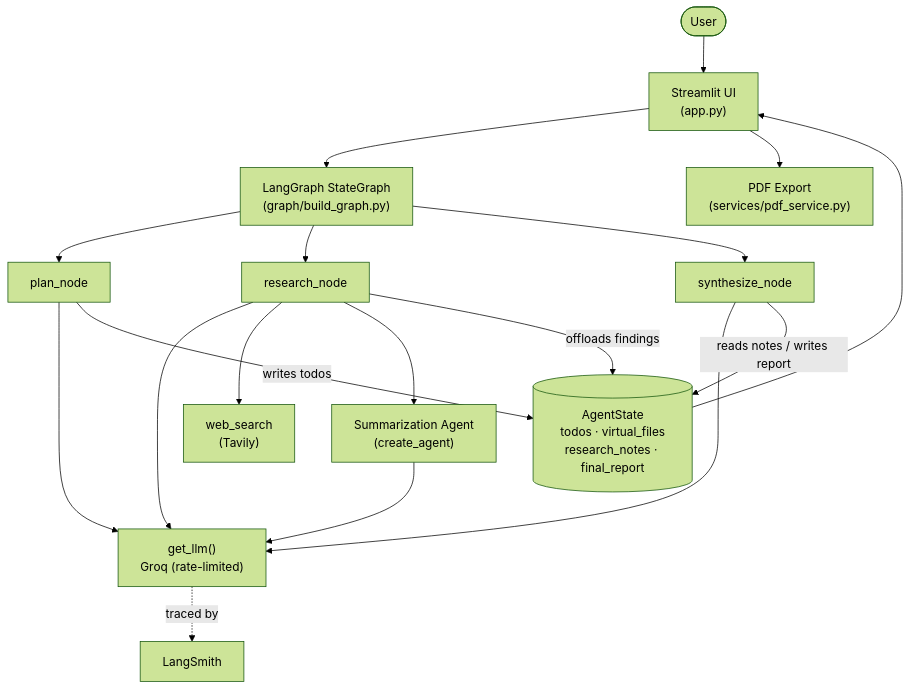
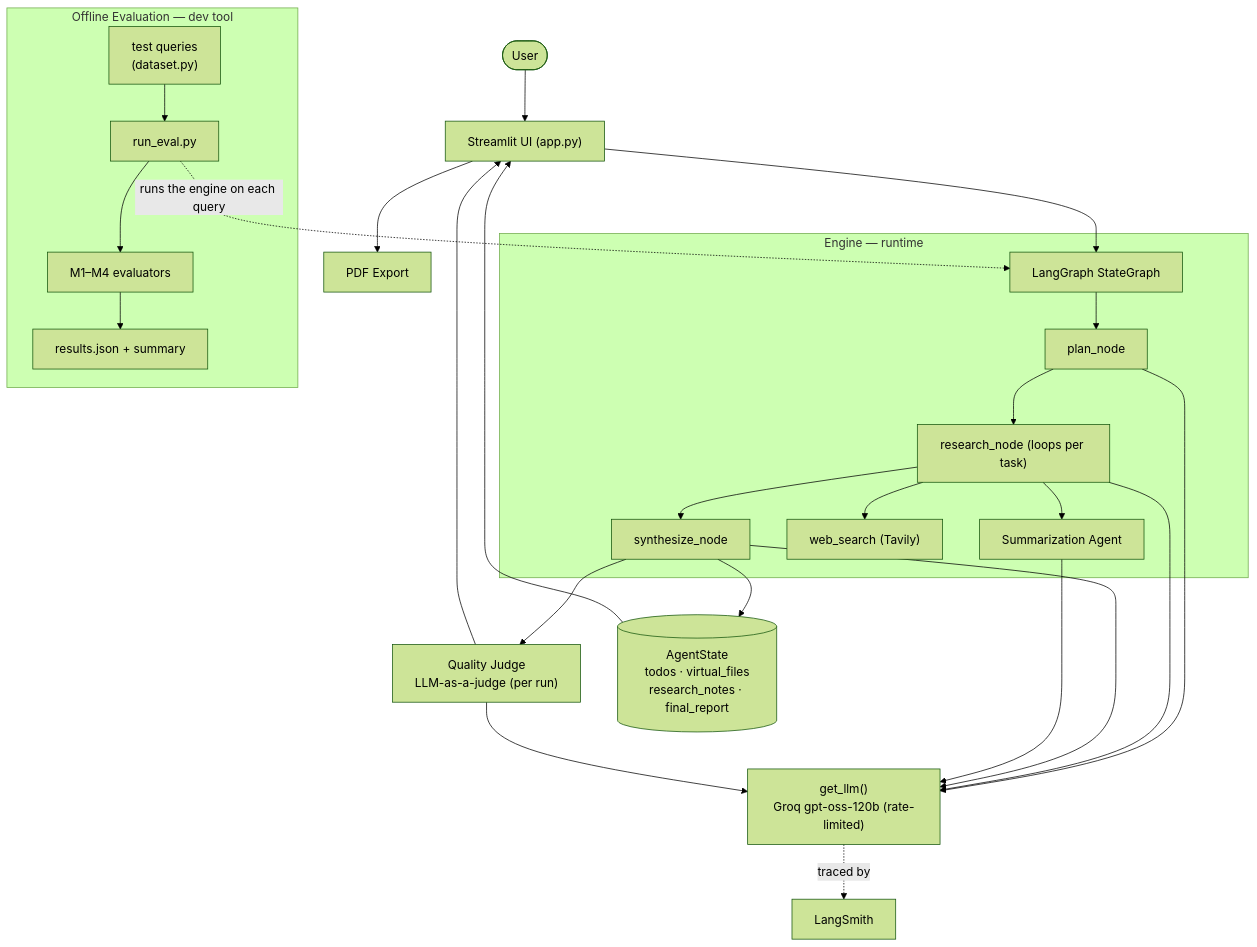
Before and after one commit to Subhashreepattnaik/Autonomous_Cognitive_Engine: the first of 3 diagrams in README.md, drawn with Mermaid (forest theme). The commit also changed other lines of this file and 10 other files, not shown here.

Commit message:
Rewrite README; 120b main + 20b fallback; quality badge; eval in diagrams

````diff
--- a/README.md
+++ b/README.md
@@ -47,25 +50,33 @@
 ```mermaid
 graph TD
-    User([User]) --> UI["Streamlit UI<br/>(app.py)"]
-    UI --> Graph["LangGraph StateGraph<br/>(graph/build_graph.py)"]
+    User([User]) --> UI["Streamlit UI (app.py)"]
+    UI --> Graph["LangGraph StateGraph"]
 
-    Graph --> Plan["plan_node"]
-    Graph --> Research["research_node"]
-    Graph --> Synth["synthesize_node"]
+    subgraph engine["Engine — runtime"]
+      Graph --> Plan["plan_node"]
+      Plan --> Research["research_node (loops per task)"]
+      Research --> Synth["synthesize_node"]
+      Research --> Tavily["web_search (Tavily)"]
+      Research --> Summ["Summarization Agent"]
+    end
 
-    Plan --> LLM["get_llm()<br/>Groq (rate-limited)"]
+    Synth --> Judge["Quality Judge<br/>LLM-as-a-judge (per run)"]
+    Judge --> UI
+    Synth --> State[("AgentState<br/>todos · virtual_files<br/>research_notes · final_report")]
+    State --> UI
+    UI --> PDF["PDF Export"]
+
+    Plan --> LLM["get_llm()<br/>Groq gpt-oss-120b (rate-limited)"]
     Research --> LLM
     Synth --> LLM
+    Summ --> LLM
+    Judge --> LLM
+    LLM -. "traced by" .-> LS["LangSmith"]
 
-    Research --> Tavily["web_search<br/>(Tavily)"]
-    Research --> Summ["Summarization Agent<br/>(create_agent)"]
-    Summ --> LLM
-
-    Plan -- "writes todos" --> State[("AgentState<br/>todos · virtual_files<br/>research_notes · final_report")]
-    Research -- "offloads findings" --> State
-    Synth -- "reads notes / writes report" --> State
-    State --> UI
-
-    UI --> PDF["PDF Export<br/>(services/pdf_service.py)"]
-    LLM -. "traced by" .-> LS["LangSmith"]
+    subgraph evalsuite["Offline Evaluation — dev tool"]
+      Data["test queries<br/>(dataset.py)"] --> Runner["run_eval.py"]
+      Runner --> Evs["M1–M4 evaluators"]
+      Evs --> Results["results.json + summary"]
+    end
+    Runner -. "runs the engine on each query" .-> Graph
 ```
````
